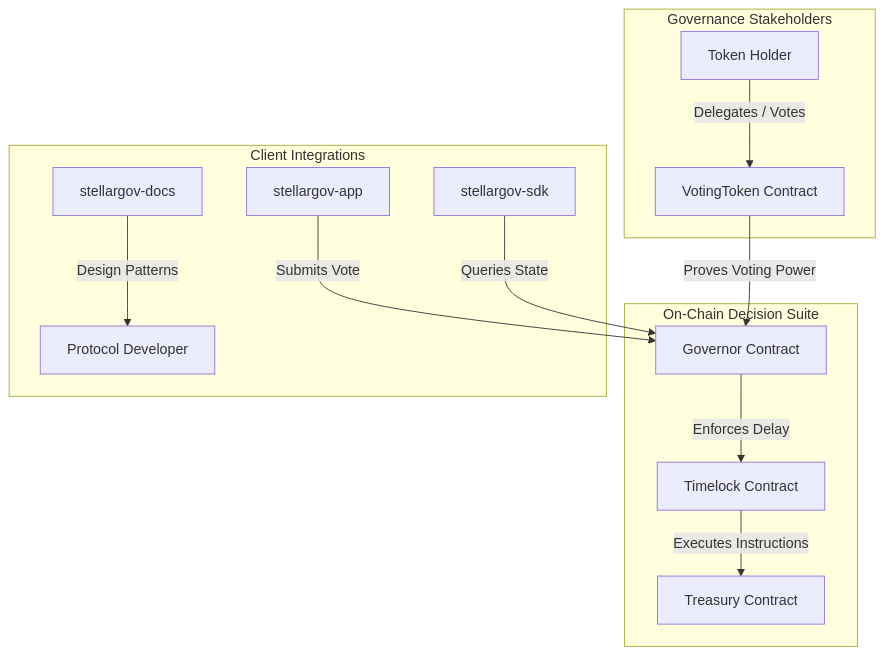
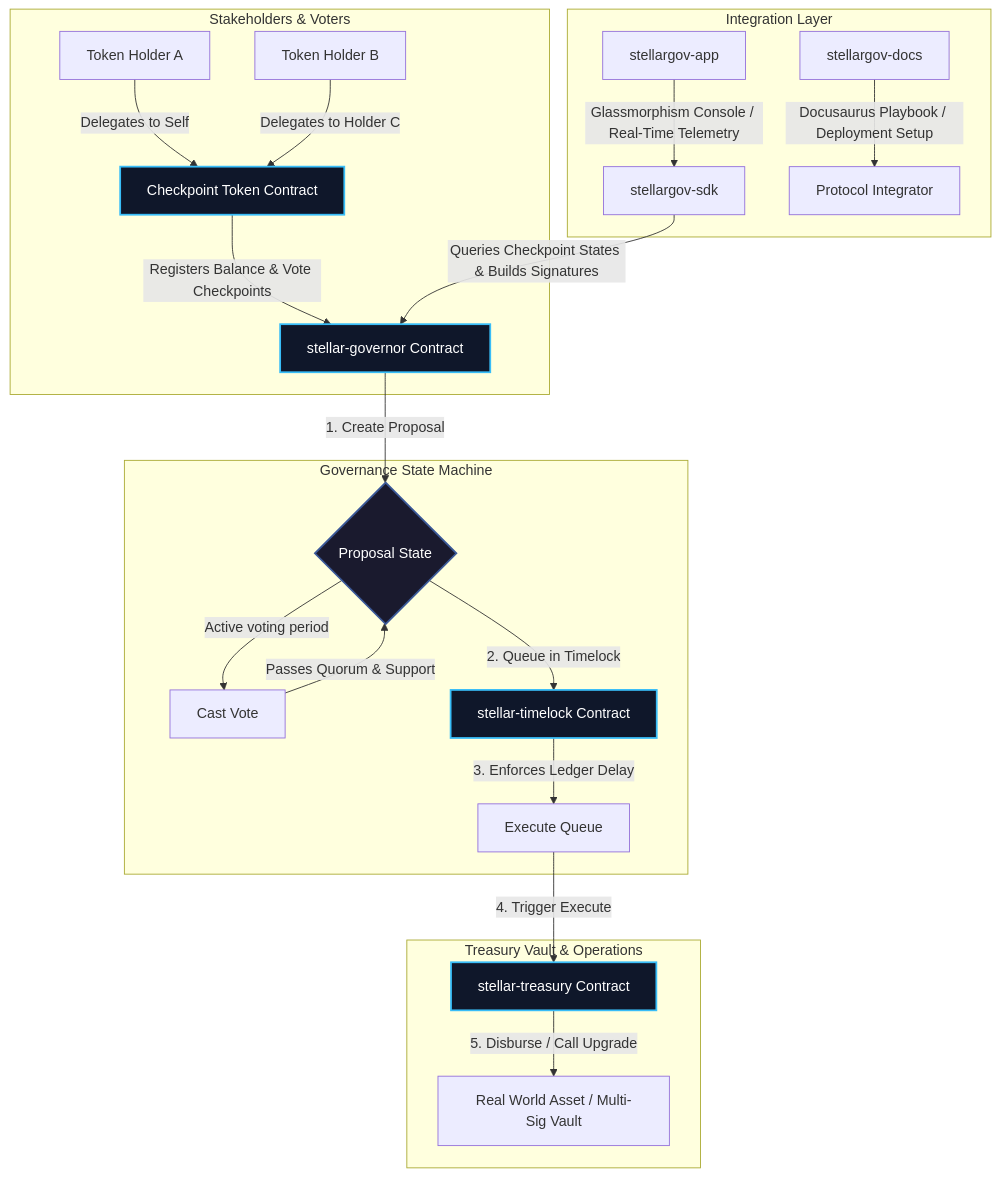
The diagram in profile/README.md (stellargov-phantom/.github), drawn with Mermaid before and after one commit. The commit also changed other lines of this file, not shown here.

````diff
--- a/profile/README.md
+++ b/profile/README.md
@@ -26,18 +29,33 @@
 ```mermaid
-graph TD
-    subgraph "Governance Stakeholders"
-        User[Token Holder] -- "Delegates / Votes" --> VotingToken[VotingToken Contract]
+flowchart TB
+    subgraph "Stakeholders & Voters"
+        HolderA[Token Holder A] -- "Delegates to Self" --> CheckpointToken
+        HolderB[Token Holder B] -- "Delegates to Holder C" --> CheckpointToken
+        CheckpointToken[Checkpoint Token Contract] -- "Registers Balance & Vote Checkpoints" --> GovernorContract
     end
 
-    subgraph "On-Chain Decision Suite"
-        VotingToken -- "Proves Voting Power" --> Governor[Governor Contract]
-        Governor -- "Enforces Delay" --> Timelock[Timelock Contract]
-        Timelock -- "Executes Instructions" --> Treasury[Treasury Contract]
+    subgraph "Governance State Machine"
+        GovernorContract[stellar-governor Contract] -- "1. Create Proposal" --> StateEngine{Proposal State}
+        StateEngine -- "Active voting period" --> CastVote[Cast Vote]
+        CastVote -- "Passes Quorum & Support" --> StateEngine
+        StateEngine -- "2. Queue in Timelock" --> TimelockContract[stellar-timelock Contract]
+        TimelockContract -- "3. Enforces Ledger Delay" --> ExecuteQueue[Execute Queue]
     end
 
-    subgraph "Client Integrations"
-        App[stellargov-app] -- "Submits Vote" --> Governor
-        SDK[stellargov-sdk] -- "Queries State" --> Governor
-        Docs[stellargov-docs] -- "Design Patterns" --> Dev[Protocol Developer]
+    subgraph "Treasury Vault & Operations"
+        ExecuteQueue -- "4. Trigger Execute" --> TreasuryContract[stellar-treasury Contract]
+        TreasuryContract -- "5. Disburse / Call Upgrade" --> TargetResource[Real World Asset / Multi-Sig Vault]
     end
+
+    subgraph "Integration Layer"
+        SDK[stellargov-sdk] -- "Queries Checkpoint States & Builds Signatures" --> GovernorContract
+        App[stellargov-app] -- "Glassmorphism Console / Real-Time Telemetry" --> SDK
+        Docs[stellargov-docs] -- "Docusaurus Playbook / Deployment Setup" --> Developer[Protocol Integrator]
+    end
+
+    style StateEngine fill:#1a1a2e,stroke:#3b5998,stroke-width:2px,color:#fff
+    style CheckpointToken fill:#0f172a,stroke:#38bdf8,stroke-width:2px,color:#fff
+    style GovernorContract fill:#0f172a,stroke:#38bdf8,stroke-width:2px,color:#fff
+    style TimelockContract fill:#0f172a,stroke:#38bdf8,stroke-width:2px,color:#fff
+    style TreasuryContract fill:#0f172a,stroke:#38bdf8,stroke-width:2px,color:#fff
 ```
````
